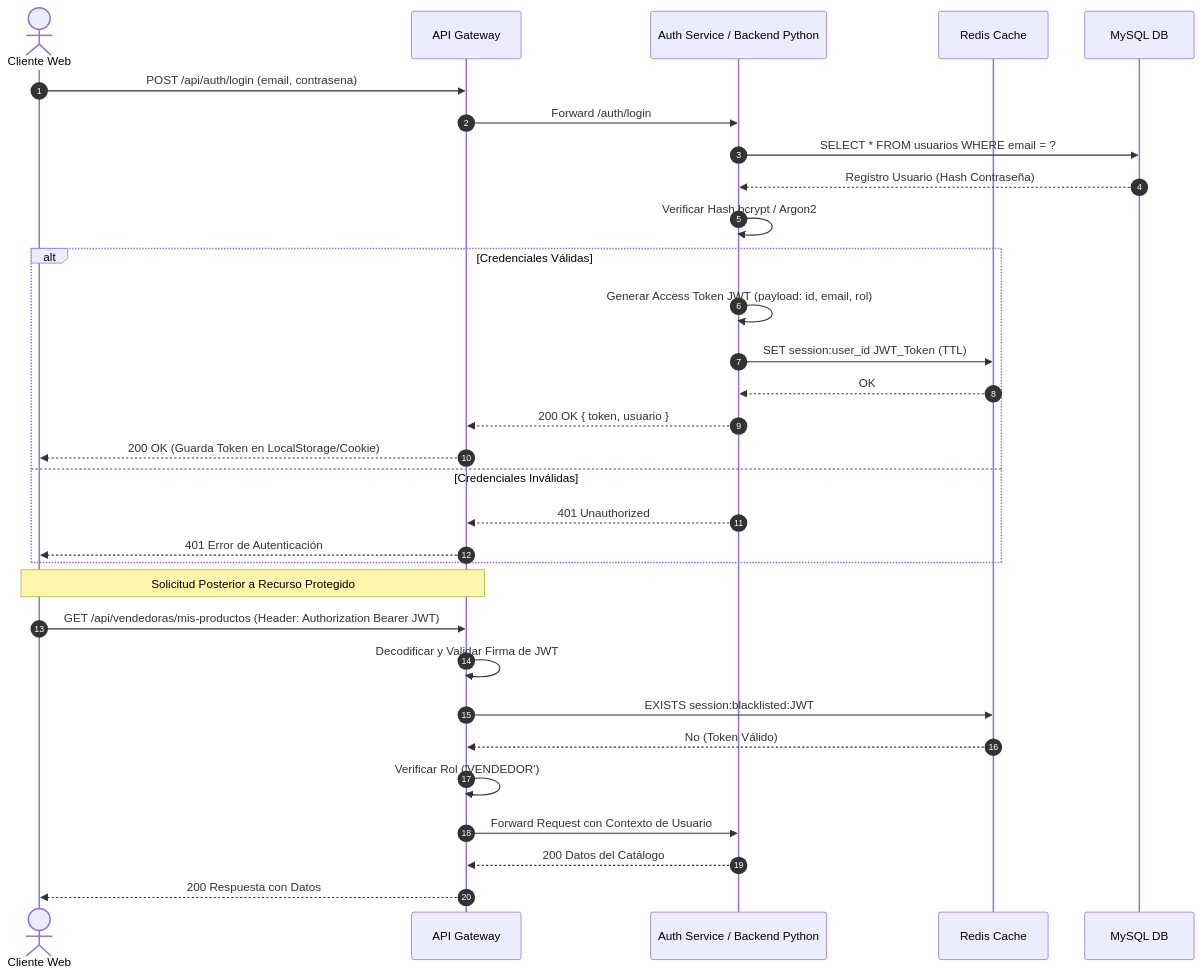
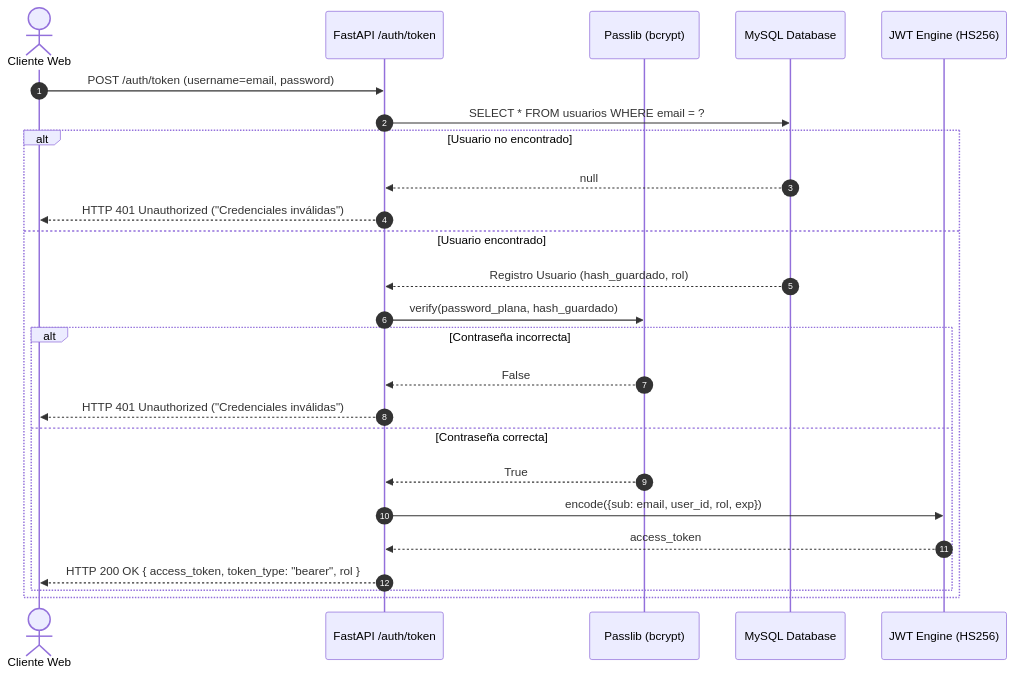
The fifth of 9 diagrams in docs/UML_DIAGRAMS.md (valerypena/proyectosena), drawn with Mermaid before and after one commit. The commit also changed other lines of this file and 10 other files, not shown here.

````diff
--- a/docs/UML_DIAGRAMS.md
+++ b/docs/UML_DIAGRAMS.md
@@ -341,36 +343,30 @@
 ```mermaid
 sequenceDiagram
     autonumber
     actor Usuario as Cliente Web
-    participant Gateway as API Gateway
-    participant AuthSvc as Auth Service / Backend Python
-    participant Redis as Redis Cache
-    participant DB as MySQL DB
+    participant AuthRouter as FastAPI /auth/token
+    participant Crypt as Passlib (bcrypt)
+    participant DB as MySQL Database
+    participant JWT as JWT Engine (HS256)
 
-    Usuario->>Gateway: POST /api/auth/login (email, contrasena)
-    Gateway->>AuthSvc: Forward /auth/login
-    AuthSvc->>DB: SELECT * FROM usuarios WHERE email = ?
-    DB-->>AuthSvc: Registro Usuario (Hash Contraseña)
+    Usuario->>AuthRouter: POST /auth/token (username=email, password)
+    AuthRouter->>DB: SELECT * FROM usuarios WHERE email = ?
     
-    AuthSvc->>AuthSvc: Verificar Hash bcrypt / Argon2
-    alt Credenciales Válidas
-        AuthSvc->>AuthSvc: Generar Access Token JWT (payload: id, email, rol)
-        AuthSvc->>Redis: SET session:user_id JWT_Token (TTL)
-        Redis-->>AuthSvc: OK
-        AuthSvc-->>Gateway: 200 OK { token, usuario }
-        Gateway-->>Usuario: 200 OK (Guarda Token en LocalStorage/Cookie)
-    else Credenciales Inválidas
-        AuthSvc-->>Gateway: 401 Unauthorized
-        Gateway-->>Usuario: 401 Error de Autenticación
+    alt Usuario no encontrado
+        DB-->>AuthRouter: null
+        AuthRouter-->>Usuario: HTTP 401 Unauthorized ("Credenciales inválidas")
+    else Usuario encontrado
+        DB-->>AuthRouter: Registro Usuario (hash_guardado, rol)
+        AuthRouter->>Crypt: verify(password_plana, hash_guardado)
+        
+        alt Contraseña incorrecta
+            Crypt-->>AuthRouter: False
+            AuthRouter-->>Usuario: HTTP 401 Unauthorized ("Credenciales inválidas")
+        else Contraseña correcta
+            Crypt-->>AuthRouter: True
+            AuthRouter->>JWT: encode({sub: email, user_id, rol, exp})
+            JWT-->>AuthRouter: access_token
+            AuthRouter-->>Usuario: HTTP 200 OK { access_token, token_type: "bearer", rol }
+        end
     end
-
-    note over Usuario, Gateway: Solicitud Posterior a Recurso Protegido
-    Usuario->>Gateway: GET /api/vendedoras/mis-productos (Header: Authorization Bearer JWT)
-    Gateway->>Gateway: Decodificar y Validar Firma de JWT
-    Gateway->>Redis: EXISTS session:blacklisted:JWT
-    Redis-->>Gateway: No (Token Válido)
-    Gateway->>Gateway: Verificar Rol ('VENDEDOR')
-    Gateway->>AuthSvc: Forward Request con Contexto de Usuario
-    AuthSvc-->>Gateway: 200 Datos del Catálogo
-    Gateway-->>Usuario: 200 Respuesta con Datos
 ```
````
